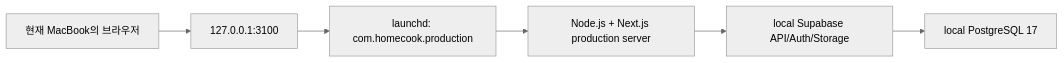
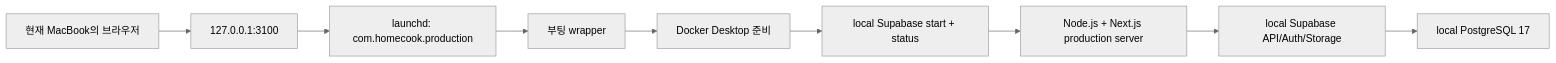
Before and after one commit to netsus/homecook: the diagram in docs/engineering/current-mac-production-plan.md, drawn with Mermaid (neutral theme). The commit also changed other lines of this file, not shown here.

First line of the commit message:
Clarify remaining local-first deployment evidence

````diff
--- a/docs/engineering/current-mac-production-plan.md
+++ b/docs/engineering/current-mac-production-plan.md
@@ -31,8 +31,11 @@
 ```mermaid
 flowchart LR
   A["현재 MacBook의 브라우저"] --> B["127.0.0.1:3100"]
   B --> C["launchd: com.homecook.production"]
-  C --> D["Node.js + Next.js production server"]
-  D --> E["local Supabase API/Auth/Storage"]
-  E --> F["local PostgreSQL 17"]
+  C --> D["부팅 wrapper"]
+  D --> E["Docker Desktop 준비"]
+  E --> F["local Supabase start + status"]
+  F --> G["Node.js + Next.js production server"]
+  G --> H["local Supabase API/Auth/Storage"]
+  H --> I["local PostgreSQL 17"]
 ```
````
